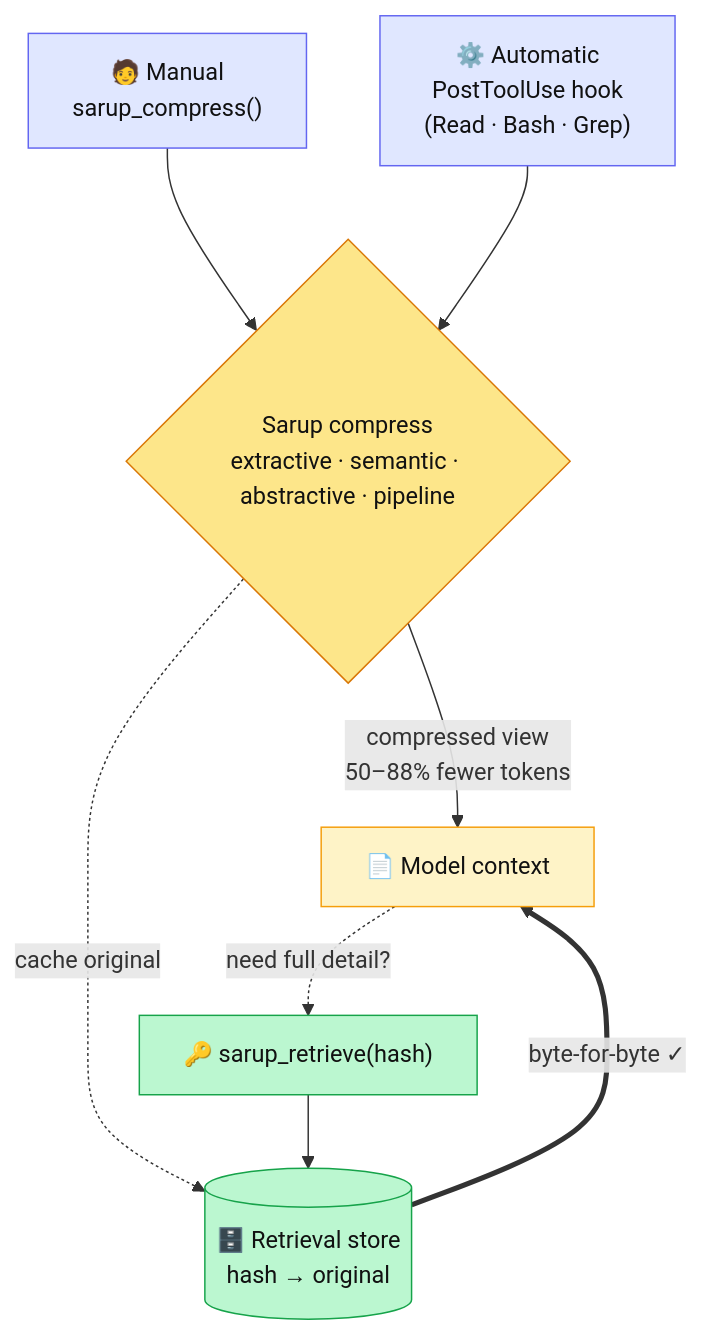
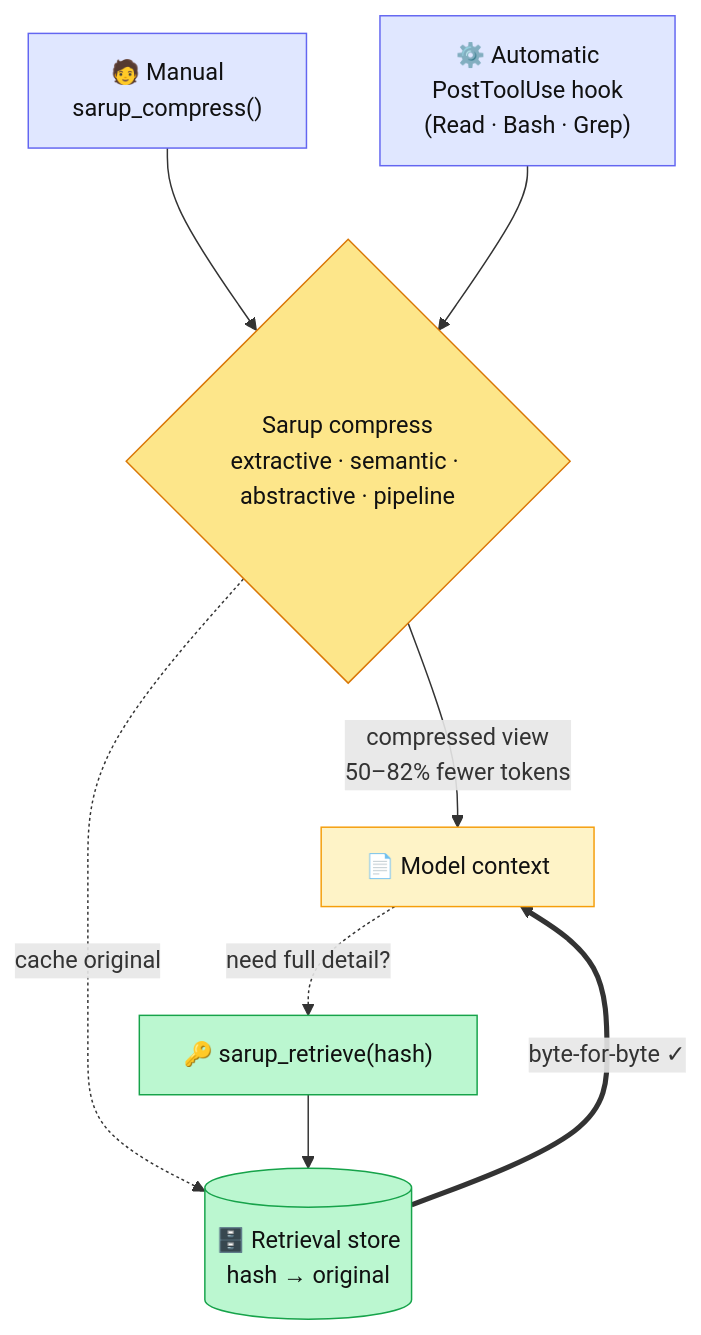
One commit to PHUICMT/sarup changed the diagram in README.md. Above: the diagram before and after it, drawn with Mermaid. The commit also changed other lines of this file and 6 other files, not shown here.

````diff
--- a/README.md
+++ b/README.md
@@ -74,18 +77,18 @@
 ```mermaid
 flowchart TD
     M["🧑 Manual<br/>sarup_compress()"]:::entry --> R
     A["⚙️ Automatic<br/>PostToolUse hook<br/>(Read · Bash · Grep)"]:::entry --> R
 
     R{"Sarup compress<br/>extractive · semantic · abstractive · pipeline"}:::engine
-    R -- "compressed view<br/>50–88% fewer tokens" --> V["📄 Model context"]:::lossy
+    R -- "compressed view<br/>50–82% fewer tokens" --> V["📄 Model context"]:::lossy
     R -. "cache original" .-> S[("🗄️ Retrieval store<br/>hash → original")]:::lossless
 
     V -. "need full detail?" .-> RET["🔑 sarup_retrieve(hash)"]:::lossless
     RET --> S
     S == "byte-for-byte ✓" ==> V
 
     classDef entry fill:#e0e7ff,stroke:#6366f1,color:#111
     classDef engine fill:#fde68a,stroke:#d97706,color:#111
     classDef lossy fill:#fef3c7,stroke:#f59e0b,color:#111
     classDef lossless fill:#bbf7d0,stroke:#16a34a,color:#111
 ```
````
